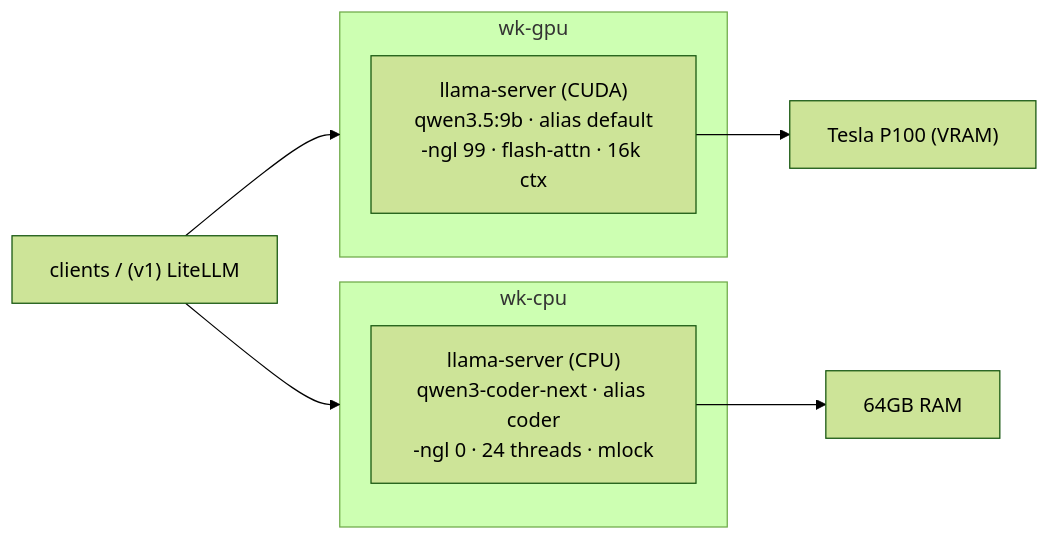
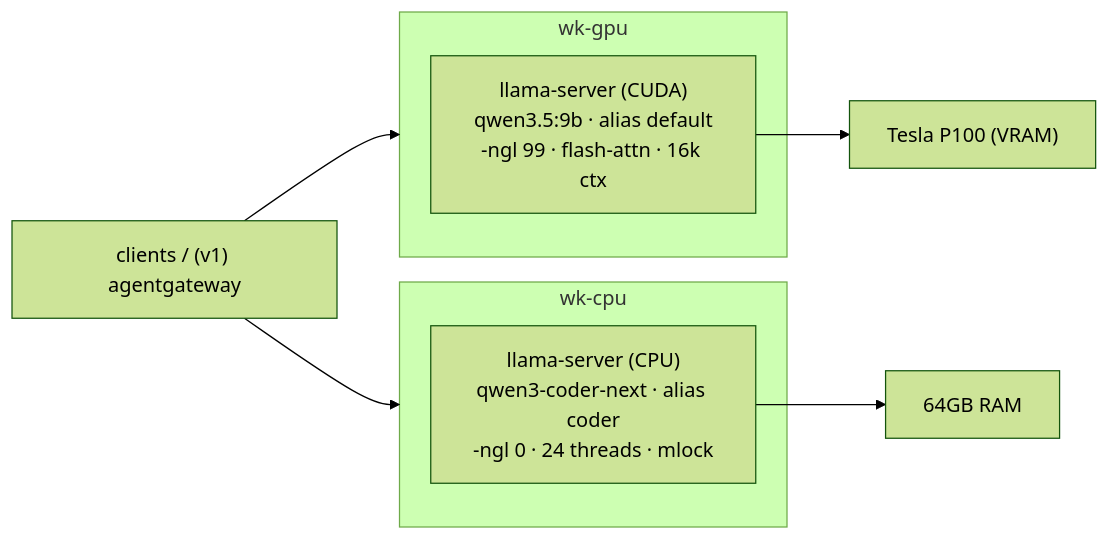
The third of 6 diagrams in docs/architecture.md (ngoldack/homelab), drawn with Mermaid (forest theme) before and after one commit. The commit also changed other lines of this file and 13 other files, not shown here.

First line of the commit message:
docs(openspec): replace v1 LiteLLM with agentgateway as the model gateway

````diff
--- a/docs/architecture.md
+++ b/docs/architecture.md
@@ -88,12 +88,12 @@
 ```mermaid
 flowchart LR
-  client["clients / (v1) LiteLLM"] --> GPU & CPU
+  client["clients / (v1) agentgateway"] --> GPU & CPU
   subgraph GPU["wk-gpu"]
     L1["llama-server (CUDA)<br/>qwen3.5:9b · alias default<br/>-ngl 99 · flash-attn · 16k ctx"]
   end
   subgraph CPU["wk-cpu"]
     L2["llama-server (CPU)<br/>qwen3-coder-next · alias coder<br/>-ngl 0 · 24 threads · mlock"]
   end
   L1 --> P["Tesla P100 (VRAM)"]
   L2 --> R["64GB RAM"]
 ```
````
